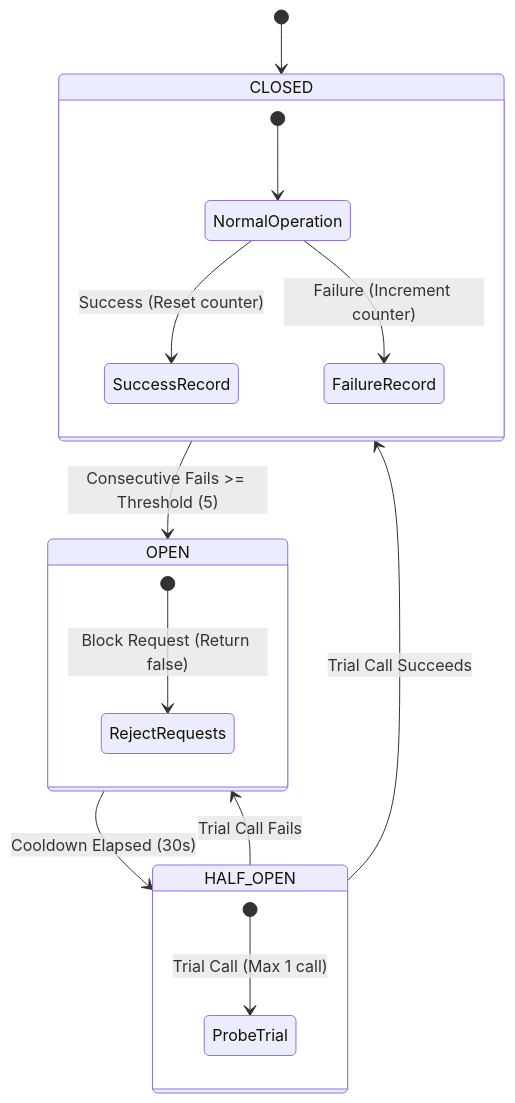
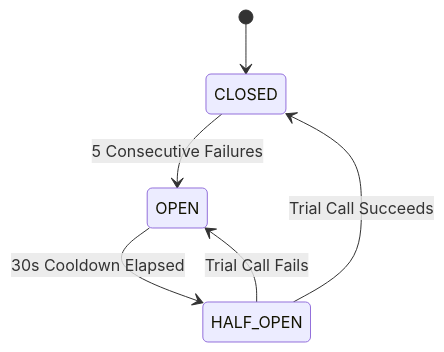
The fifth of 6 diagrams in packages/configs/llm-obs-infra/docs/architectureDoc/adr-0009-service-registry-and-discovery.md (Chief-Strategist-J/llm-observability-platform), drawn with Mermaid before and after one commit. The commit also changed other lines of this file, not shown here.

Commit message:
fix(docs): universal rendering fix for all 6 Mermaid diagrams in ADR-0009

````diff
--- a/packages/configs/llm-obs-infra/docs/architectureDoc/adr-0009-service-registry-and-discovery.md
+++ b/packages/configs/llm-obs-infra/docs/architectureDoc/adr-0009-service-registry-and-discovery.md
@@ -395,25 +304,8 @@
 ```mermaid
 stateDiagram-v2
     [*] --> CLOSED
-
-    state CLOSED {
-        [*] --> NormalOperation
-        NormalOperation --> SuccessRecord : Success (Reset counter)
-        NormalOperation --> FailureRecord : Failure (Increment counter)
-    }
-
-    CLOSED --> OPEN : Consecutive Fails >= Threshold (5)
-
-    state OPEN {
-        [*] --> RejectRequests : Block Request (Return false)
-    }
-
-    OPEN --> HALF_OPEN : Cooldown Elapsed (30s)
-
-    state HALF_OPEN {
-        [*] --> ProbeTrial : Trial Call (Max 1 call)
-    }
-
+    CLOSED --> OPEN : 5 Consecutive Failures
+    OPEN --> HALF_OPEN : 30s Cooldown Elapsed
     HALF_OPEN --> CLOSED : Trial Call Succeeds
     HALF_OPEN --> OPEN : Trial Call Fails
 ```
````
